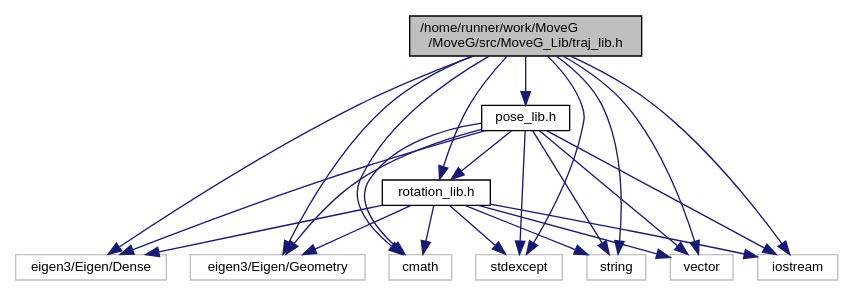
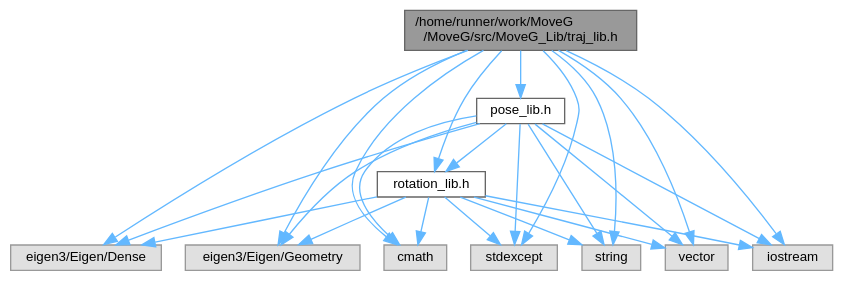
One commit to GiorgioMedico/MoveG changed the diagram in traj__lib_8h__incl.dot. Above: the diagram before and after it, drawn with Graphviz. The commit also changed 164 other files, not shown here.

```diff
--- a/traj__lib_8h__incl.dot
+++ b/traj__lib_8h__incl.dot
@@ -1,40 +1,41 @@
 digraph "/home/runner/work/MoveG/MoveG/src/MoveG_Lib/traj_lib.h"
 {
  // LATEX_PDF_SIZE
-  edge [fontname="Helvetica",fontsize="10",labelfontname="Helvetica",labelfontsize="10"];
-  node [fontname="Helvetica",fontsize="10",shape=record];
-  Node1 [label="/home/runner/work/MoveG\l/MoveG/src/MoveG_Lib/traj_lib.h",height=0.2,width=0.4,color="black", fillcolor="grey75", style="filled", fontcolor="black",tooltip="Classe per la rappresentazione di Traiettorie."];
-  Node1 -> Node2 [color="midnightblue",fontsize="10",style="solid",fontname="Helvetica"];
-  Node2 [label="eigen3/Eigen/Dense",height=0.2,width=0.4,color="grey75", fillcolor="white", style="filled",tooltip=" "];
-  Node1 -> Node3 [color="midnightblue",fontsize="10",style="solid",fontname="Helvetica"];
-  Node3 [label="eigen3/Eigen/Geometry",height=0.2,width=0.4,color="grey75", fillcolor="white", style="filled",tooltip=" "];
-  Node1 -> Node4 [color="midnightblue",fontsize="10",style="solid",fontname="Helvetica"];
-  Node4 [label="cmath",height=0.2,width=0.4,color="grey75", fillcolor="white", style="filled",tooltip=" "];
-  Node1 -> Node5 [color="midnightblue",fontsize="10",style="solid",fontname="Helvetica"];
-  Node5 [label="iostream",height=0.2,width=0.4,color="grey75", fillcolor="white", style="filled",tooltip=" "];
-  Node1 -> Node6 [color="midnightblue",fontsize="10",style="solid",fontname="Helvetica"];
-  Node6 [label="stdexcept",height=0.2,width=0.4,color="grey75", fillcolor="white", style="filled",tooltip=" "];
-  Node1 -> Node7 [color="midnightblue",fontsize="10",style="solid",fontname="Helvetica"];
-  Node7 [label="string",height=0.2,width=0.4,color="grey75", fillcolor="white", style="filled",tooltip=" "];
-  Node1 -> Node8 [color="midnightblue",fontsize="10",style="solid",fontname="Helvetica"];
-  Node8 [label="vector",height=0.2,width=0.4,color="grey75", fillcolor="white", style="filled",tooltip=" "];
-  Node1 -> Node9 [color="midnightblue",fontsize="10",style="solid",fontname="Helvetica"];
-  Node9 [label="pose_lib.h",height=0.2,width=0.4,color="black", fillcolor="white", style="filled",URL="$pose__lib_8h.html",tooltip="Classe per la rappresentazione di Pose."];
-  Node9 -> Node2 [color="midnightblue",fontsize="10",style="solid",fontname="Helvetica"];
-  Node9 -> Node3 [color="midnightblue",fontsize="10",style="solid",fontname="Helvetica"];
-  Node9 -> Node4 [color="midnightblue",fontsize="10",style="solid",fontname="Helvetica"];
-  Node9 -> Node5 [color="midnightblue",fontsize="10",style="solid",fontname="Helvetica"];
-  Node9 -> Node6 [color="midnightblue",fontsize="10",style="solid",fontname="Helvetica"];
-  Node9 -> Node7 [color="midnightblue",fontsize="10",style="solid",fontname="Helvetica"];
-  Node9 -> Node8 [color="midnightblue",fontsize="10",style="solid",fontname="Helvetica"];
-  Node9 -> Node10 [color="midnightblue",fontsize="10",style="solid",fontname="Helvetica"];
-  Node10 [label="rotation_lib.h",height=0.2,width=0.4,color="black", fillcolor="white", style="filled",URL="$rotation__lib_8h.html",tooltip="Classe per la rappresentazione e manipolazione di rotazioni in 3D."];
-  Node10 -> Node2 [color="midnightblue",fontsize="10",style="solid",fontname="Helvetica"];
-  Node10 -> Node3 [color="midnightblue",fontsize="10",style="solid",fontname="Helvetica"];
-  Node10 -> Node4 [color="midnightblue",fontsize="10",style="solid",fontname="Helvetica"];
-  Node10 -> Node5 [color="midnightblue",fontsize="10",style="solid",fontname="Helvetica"];
-  Node10 -> Node6 [color="midnightblue",fontsize="10",style="solid",fontname="Helvetica"];
-  Node10 -> Node7 [color="midnightblue",fontsize="10",style="solid",fontname="Helvetica"];
-  Node10 -> Node8 [color="midnightblue",fontsize="10",style="solid",fontname="Helvetica"];
-  Node1 -> Node10 [color="midnightblue",fontsize="10",style="solid",fontname="Helvetica"];
+  bgcolor="transparent";
+  edge [fontname=Helvetica,fontsize=10,labelfontname=Helvetica,labelfontsize=10];
+  node [fontname=Helvetica,fontsize=10,shape=box,height=0.2,width=0.4];
+  Node1 [id="Node000001",label="/home/runner/work/MoveG\l/MoveG/src/MoveG_Lib/traj_lib.h",height=0.2,width=0.4,color="gray40", fillcolor="grey60", style="filled", fontcolor="black",tooltip="Classe per la rappresentazione di Traiettorie."];
+  Node1 -> Node2 [id="edge1_Node000001_Node000002",color="steelblue1",style="solid",tooltip=" "];
+  Node2 [id="Node000002",label="eigen3/Eigen/Dense",height=0.2,width=0.4,color="grey60", fillcolor="#E0E0E0", style="filled",tooltip=" "];
+  Node1 -> Node3 [id="edge2_Node000001_Node000003",color="steelblue1",style="solid",tooltip=" "];
+  Node3 [id="Node000003",label="eigen3/Eigen/Geometry",height=0.2,width=0.4,color="grey60", fillcolor="#E0E0E0", style="filled",tooltip=" "];
+  Node1 -> Node4 [id="edge3_Node000001_Node000004",color="steelblue1",style="solid",tooltip=" "];
+  Node4 [id="Node000004",label="cmath",height=0.2,width=0.4,color="grey60", fillcolor="#E0E0E0", style="filled",tooltip=" "];
+  Node1 -> Node5 [id="edge4_Node000001_Node000005",color="steelblue1",style="solid",tooltip=" "];
+  Node5 [id="Node000005",label="iostream",height=0.2,width=0.4,color="grey60", fillcolor="#E0E0E0", style="filled",tooltip=" "];
+  Node1 -> Node6 [id="edge5_Node000001_Node000006",color="steelblue1",style="solid",tooltip=" "];
+  Node6 [id="Node000006",label="stdexcept",height=0.2,width=0.4,color="grey60", fillcolor="#E0E0E0", style="filled",tooltip=" "];
+  Node1 -> Node7 [id="edge6_Node000001_Node000007",color="steelblue1",style="solid",tooltip=" "];
+  Node7 [id="Node000007",label="string",height=0.2,width=0.4,color="grey60", fillcolor="#E0E0E0", style="filled",tooltip=" "];
+  Node1 -> Node8 [id="edge7_Node000001_Node000008",color="steelblue1",style="solid",tooltip=" "];
+  Node8 [id="Node000008",label="vector",height=0.2,width=0.4,color="grey60", fillcolor="#E0E0E0", style="filled",tooltip=" "];
+  Node1 -> Node9 [id="edge8_Node000001_Node000009",color="steelblue1",style="solid",tooltip=" "];
+  Node9 [id="Node000009",label="pose_lib.h",height=0.2,width=0.4,color="grey40", fillcolor="white", style="filled",URL="$pose__lib_8h.html",tooltip="Classe per la rappresentazione di Pose."];
+  Node9 -> Node2 [id="edge9_Node000009_Node000002",color="steelblue1",style="solid",tooltip=" "];
+  Node9 -> Node3 [id="edge10_Node000009_Node000003",color="steelblue1",style="solid",tooltip=" "];
+  Node9 -> Node4 [id="edge11_Node000009_Node000004",color="steelblue1",style="solid",tooltip=" "];
+  Node9 -> Node5 [id="edge12_Node000009_Node000005",color="steelblue1",style="solid",tooltip=" "];
+  Node9 -> Node6 [id="edge13_Node000009_Node000006",color="steelblue1",style="solid",tooltip=" "];
+  Node9 -> Node7 [id="edge14_Node000009_Node000007",color="steelblue1",style="solid",tooltip=" "];
+  Node9 -> Node8 [id="edge15_Node000009_Node000008",color="steelblue1",style="solid",tooltip=" "];
+  Node9 -> Node10 [id="edge16_Node000009_Node000010",color="steelblue1",style="solid",tooltip=" "];
+  Node10 [id="Node000010",label="rotation_lib.h",height=0.2,width=0.4,color="grey40", fillcolor="white", style="filled",URL="$rotation__lib_8h.html",tooltip="Classe per la rappresentazione e manipolazione di rotazioni in 3D."];
+  Node10 -> Node2 [id="edge17_Node000010_Node000002",color="steelblue1",style="solid",tooltip=" "];
+  Node10 -> Node3 [id="edge18_Node000010_Node000003",color="steelblue1",style="solid",tooltip=" "];
+  Node10 -> Node4 [id="edge19_Node000010_Node000004",color="steelblue1",style="solid",tooltip=" "];
+  Node10 -> Node5 [id="edge20_Node000010_Node000005",color="steelblue1",style="solid",tooltip=" "];
+  Node10 -> Node6 [id="edge21_Node000010_Node000006",color="steelblue1",style="solid",tooltip=" "];
+  Node10 -> Node7 [id="edge22_Node000010_Node000007",color="steelblue1",style="solid",tooltip=" "];
+  Node10 -> Node8 [id="edge23_Node000010_Node000008",color="steelblue1",style="solid",tooltip=" "];
+  Node1 -> Node10 [id="edge24_Node000001_Node000010",color="steelblue1",style="solid",tooltip=" "];
 }
```
